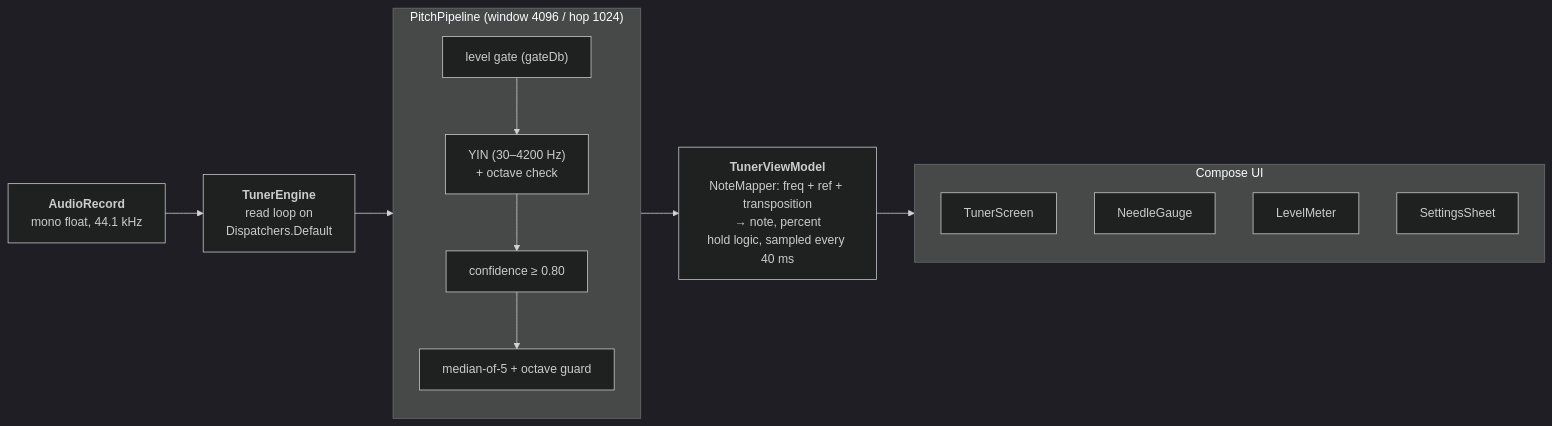
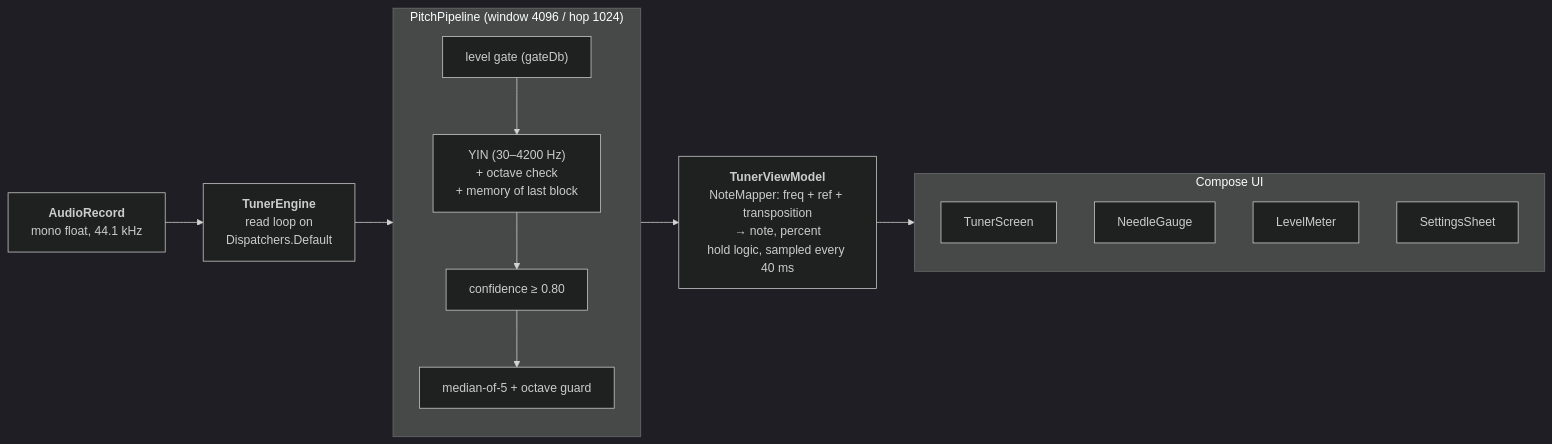
One commit to bst/tunetheworld changed the diagram in README.md. Above: the diagram before and after it, drawn with Mermaid (dark theme). The commit also changed other lines of this file and 11 other files, not shown here.

````diff
--- a/README.md
+++ b/README.md
@@ -45,20 +45,20 @@
 ```mermaid
 flowchart LR
     A["<b>AudioRecord</b><br/>mono float, 44.1 kHz"]
     B["<b>TunerEngine</b><br/>read loop on<br/>Dispatchers.Default"]
     subgraph P["PitchPipeline (window 4096 / hop 1024)"]
         direction TB
-        P1["level gate (gateDb)"] --> P2["YIN (30–4200 Hz)<br/>+ octave check"]
+        P1["level gate (gateDb)"] --> P2["YIN (30–4200 Hz)<br/>+ octave check<br/>+ memory of last block"]
         P2 --> P3["confidence ≥ 0.80"]
         P3 --> P4["median-of-5 + octave guard"]
     end
     C["<b>TunerViewModel</b><br/>NoteMapper: freq + ref + transposition<br/>→ note, percent<br/>hold logic, sampled every 40 ms"]
     subgraph UI["Compose UI"]
         direction TB
         U1[TunerScreen]
         U2[NeedleGauge]
         U3[LevelMeter]
         U4[SettingsSheet]
     end
     A --> B --> P --> C --> UI
 ```
````
